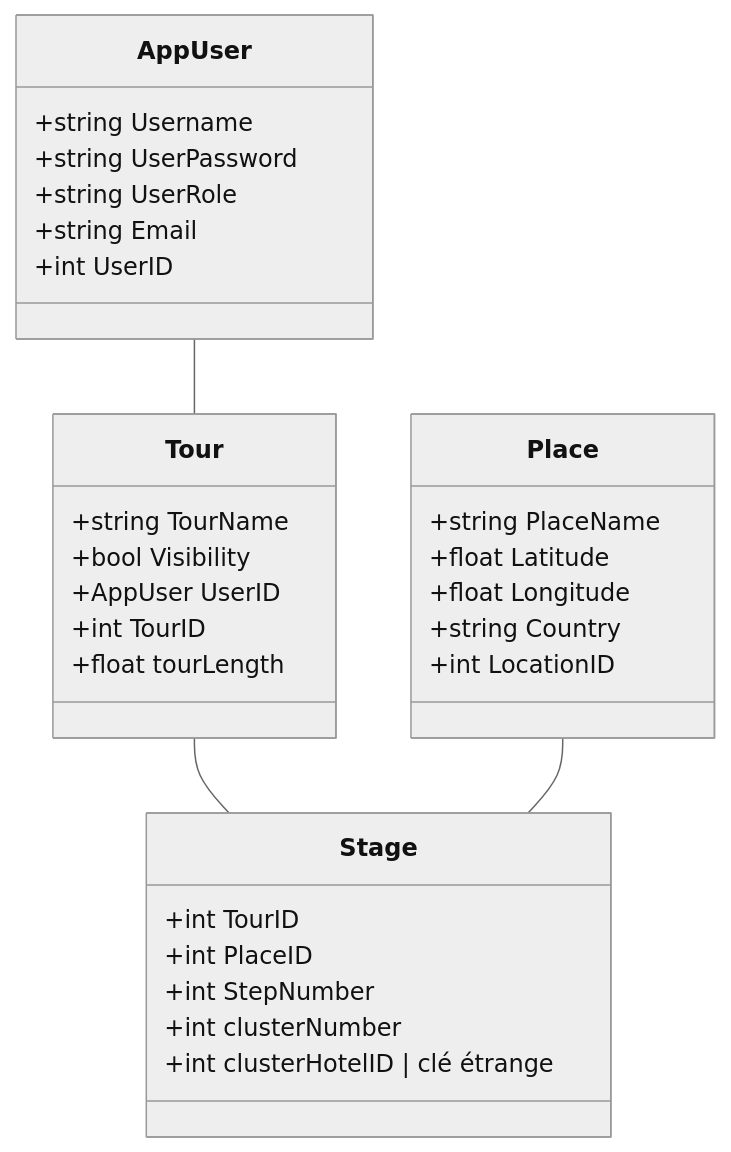
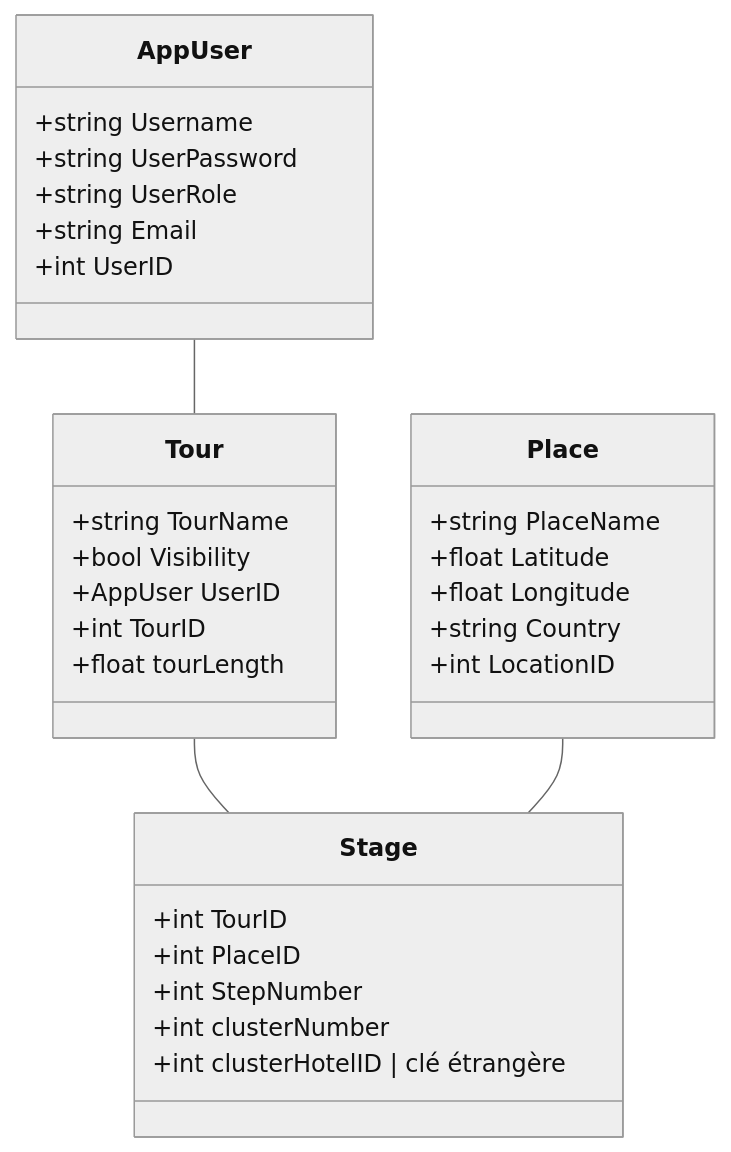
Before and after one commit to AdrienVerstrepen/box-certificative-mario: the diagram in documentation/databaseStructure.mmd, drawn with Mermaid (neutral theme). The commit also changed 3 other files, not shown here.

```diff
--- a/documentation/databaseStructure.mmd
+++ b/documentation/databaseStructure.mmd
@@ -1,36 +1,36 @@
 classDiagram
     class AppUser {
         +string Username
         +string UserPassword
         +string UserRole
         +string Email
         +int UserID
     }
 
     class Tour {
         +string TourName
         +bool Visibility
         +AppUser UserID
         +int TourID
         +float tourLength
     }
 
     class Place {
         +string PlaceName
         +float Latitude
         +float Longitude
         +string Country
         +int LocationID
     }
 
     class Stage {
         +int TourID
         +int PlaceID
         +int StepNumber
         +int clusterNumber
-        +int clusterHotelID | clé étrange
+        +int clusterHotelID | clé étrangère
     }
 
     AppUser -- Tour
     Tour -- Stage
     Place -- Stage
```
